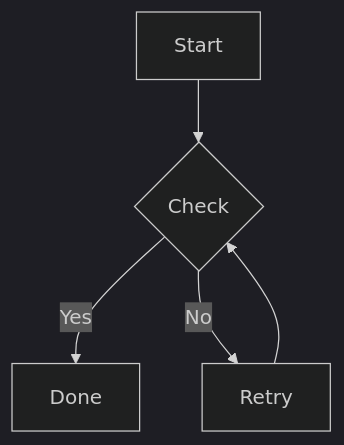
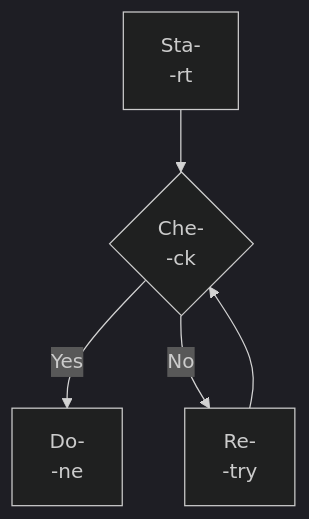
The second of 11 diagrams in test-fixtures/mermaid-test/mermaid-test1.md (OmojiP/documentic-markdown), drawn with Mermaid (dark theme) before and after one commit. The commit also changed other lines of this file and 4 other files, not shown here.

````diff
--- a/test-fixtures/mermaid-test/mermaid-test1.md
+++ b/test-fixtures/mermaid-test/mermaid-test1.md
@@ -17,7 +19,7 @@
 ```mermaid
 graph TD
-  A[Start] --> B{Check}
-  B -->|Yes| C[Done]
-  B -->|No| D[Retry]
+  A[Sta-<br>-rt] --> B{Che-<br>-ck}
+  B -->|Yes| C[Do-<br>-ne]
+  B -->|No| D[Re-<br>-try]
   D --> B
 ```
````
